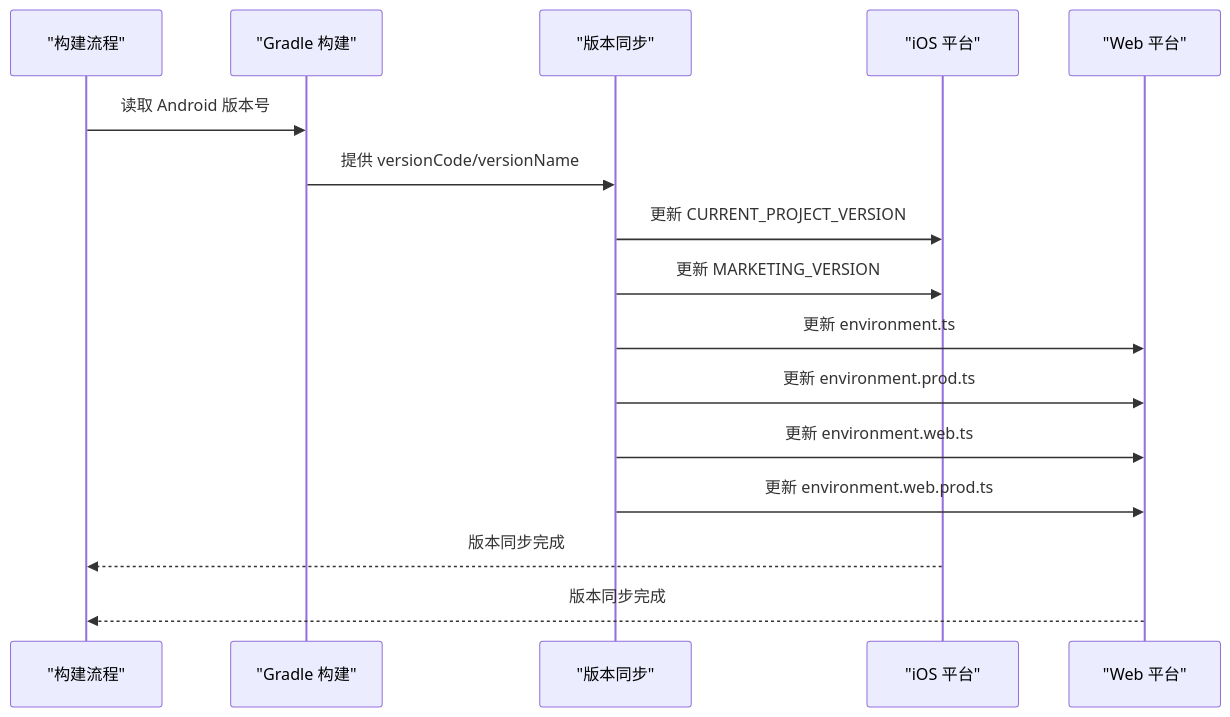
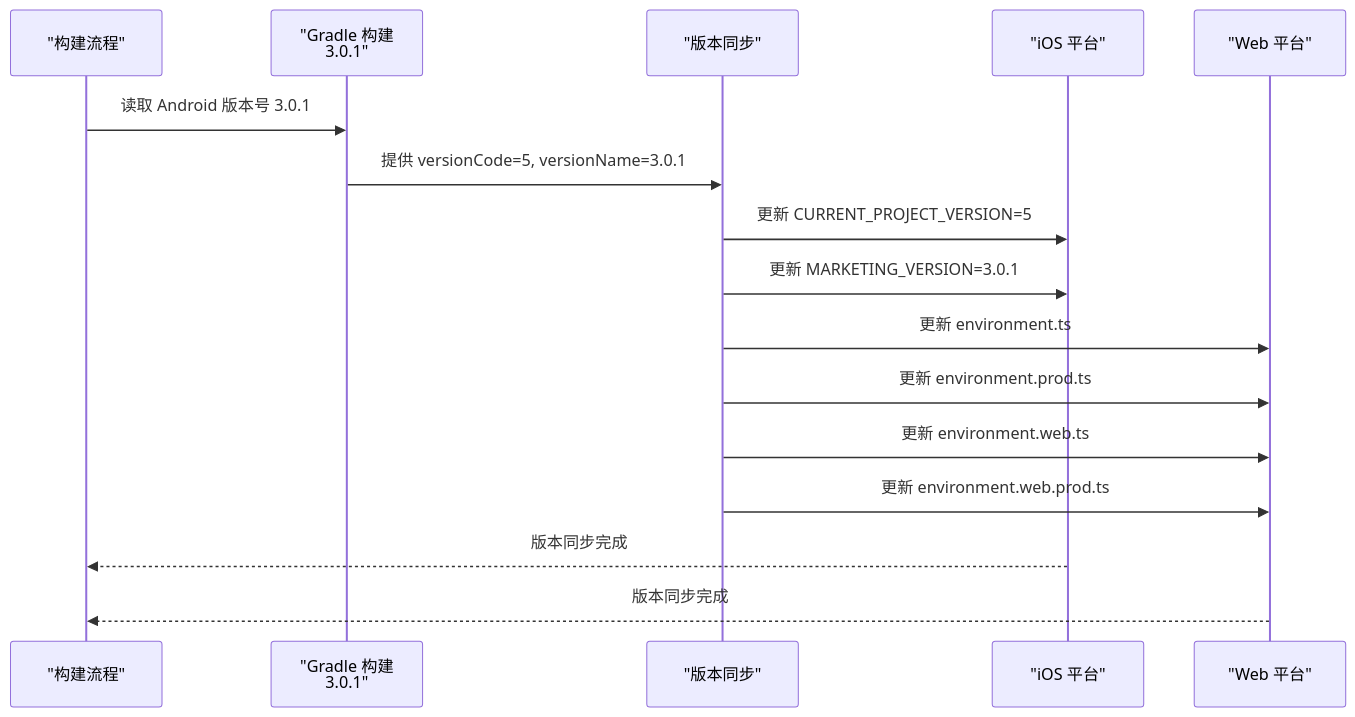
Before and after one commit to tea4go/Macro-Deck-Client-App: the fifth of 6 diagrams in .qoder/repowiki/zh/content/构建与部署/构建配置.md, drawn with Mermaid. The commit also changed other lines of this file and 8 other files, not shown here.

````diff
--- a/.qoder/repowiki/zh/content/构建与部署/构建配置.md
+++ b/.qoder/repowiki/zh/content/构建与部署/构建配置.md
@@ -756,18 +869,18 @@
 ```mermaid
 sequenceDiagram
 participant Build as "构建流程"
-participant Gradle as "Gradle 构建"
+participant Gradle as "Gradle 构建<br/>3.0.1"
 participant Sync as "版本同步"
 participant iOS as "iOS 平台"
 participant Web as "Web 平台"
-Build->>Gradle : 读取 Android 版本号
-Gradle->>Sync : 提供 versionCode/versionName
-Sync->>iOS : 更新 CURRENT_PROJECT_VERSION
-Sync->>iOS : 更新 MARKETING_VERSION
+Build->>Gradle : 读取 Android 版本号 3.0.1
+Gradle->>Sync : 提供 versionCode=5, versionName=3.0.1
+Sync->>iOS : 更新 CURRENT_PROJECT_VERSION=5
+Sync->>iOS : 更新 MARKETING_VERSION=3.0.1
 Sync->>Web : 更新 environment.ts
 Sync->>Web : 更新 environment.prod.ts
 Sync->>Web : 更新 environment.web.ts
 Sync->>Web : 更新 environment.web.prod.ts
 iOS-->>Build : 版本同步完成
 Web-->>Build : 版本同步完成
 ```
````
